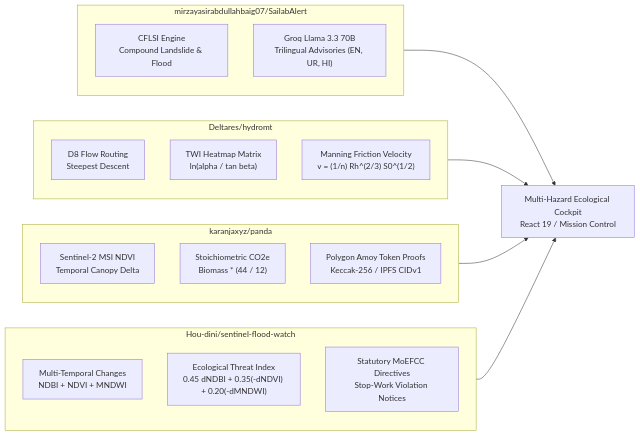
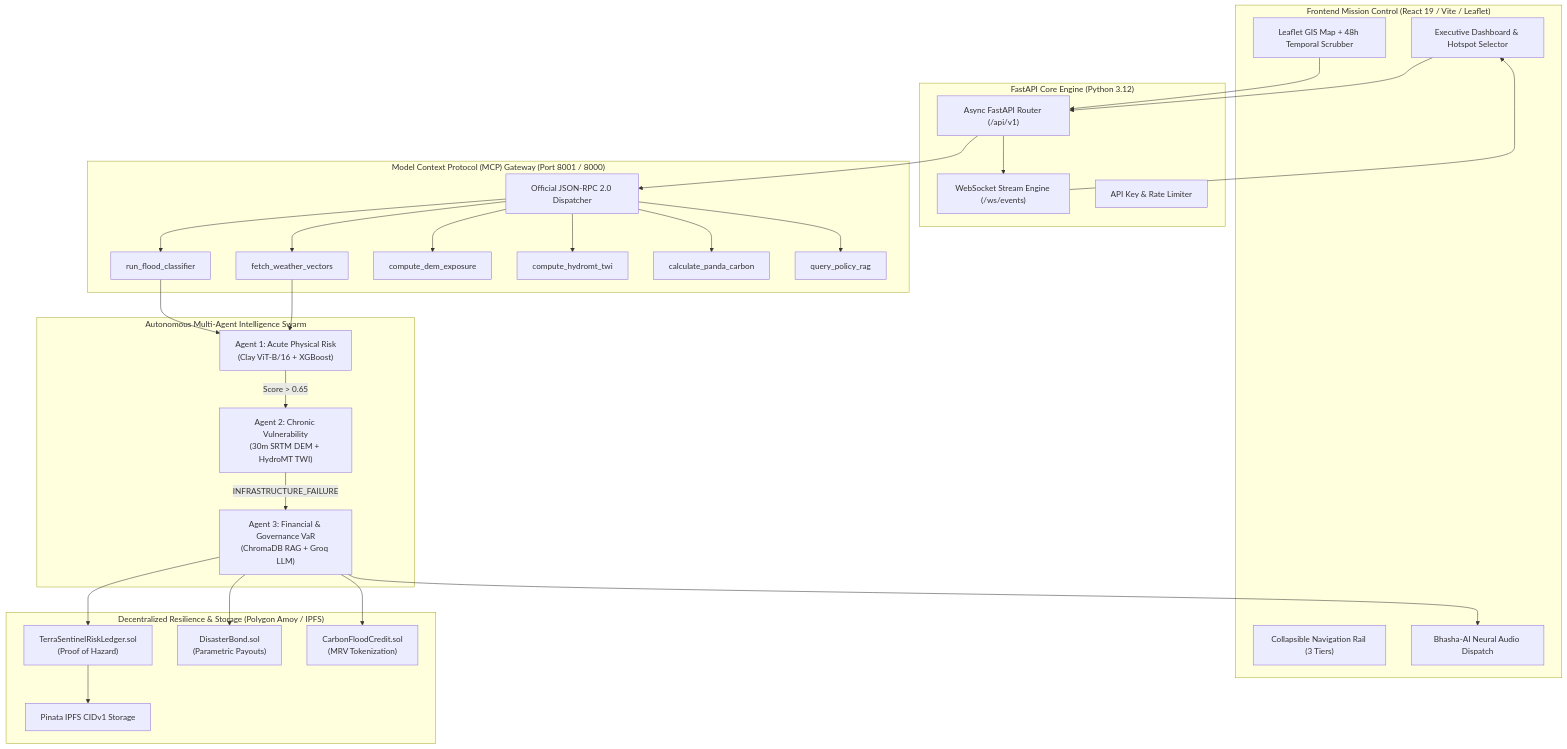
Before and after one commit to Niss54/TERRA-SENTINEL: the diagram in README.md, drawn with Mermaid. The commit also changed other lines of this file, not shown here.

Commit message:
docs: upgrade README to world-class standard with demo links, curl verification, architecture, and visual proof

````diff
--- a/README.md
+++ b/README.md
@@ -474,27 +215,51 @@
 ```mermaid
-graph LR
-    subgraph S1["mirzayasirabdullahbaig07/SailabAlert"]
-        CFLSI["CFLSI Engine<br/>Compound Landslide & Flood"]
-        Groq["Groq Llama 3.3 70B<br/>Trilingual Advisories (EN, UR, HI)"]
-    end
-    subgraph S2["Deltares/hydromt"]
-        D8["D8 Flow Routing<br/>Steepest Descent"]
-        TWI["TWI Heatmap Matrix<br/>ln(alpha / tan beta)"]
-        Manning["Manning Friction Velocity<br/>v = (1/n) Rh^(2/3) S0^(1/2)"]
-    end
-    subgraph S3["karanjaxyz/panda"]
-        NDVI["Sentinel-2 MSI NDVI<br/>Temporal Canopy Delta"]
-        Biomass["Stoichiometric CO2e<br/>Biomass * (44 / 12)"]
-        Mint["Polygon Amoy Token Proofs<br/>Keccak-256 / IPFS CIDv1"]
-    end
-    subgraph S4["Hou-dini/sentinel-flood-watch"]
-        Change["Multi-Temporal Changes<br/>NDBI + NDVI + MNDWI"]
-        ETI["Ecological Threat Index<br/>0.45 dNDBI + 0.35(-dNDVI) + 0.20(-dMNDWI)"]
-        Enforce["Statutory MoEFCC Directives<br/>Stop-Work Violation Notices"]
+flowchart TD
+    subgraph Client["Frontend Mission Control (React 19 / Vite / Leaflet)"]
+        UI["Executive Dashboard & Hotspot Selector"]
+        Rail["Collapsible Navigation Rail (3 Tiers)"]
+        GIS["Leaflet GIS Map + 48h Temporal Scrubber"]
+        Voice["Bhasha-AI Neural Audio Dispatch"]
     end
 
-    S1 --> Cockpit["Multi-Hazard Ecological Cockpit<br/>React 19 / Mission Control"]
-    S2 --> Cockpit
-    S3 --> Cockpit
-    S4 --> Cockpit
+    subgraph Backend["FastAPI Core Engine (Python 3.12)"]
+        Router["Async FastAPI Router (/api/v1)"]
+        WS["WebSocket Stream Engine (/ws/events)"]
+        Auth["API Key & Rate Limiter"]
+    end
+
+    subgraph MCPHub["Model Context Protocol (MCP) Gateway (Port 8001 / 8000)"]
+        MCP["Official JSON-RPC 2.0 Dispatcher"]
+        T1["fetch_weather_vectors"]
+        T2["run_flood_classifier"]
+        T3["compute_dem_exposure"]
+        T4["compute_hydromt_twi"]
+        T5["calculate_panda_carbon"]
+        T6["query_policy_rag"]
+    end
+
+    subgraph Swarm["Autonomous Multi-Agent Intelligence Swarm"]
+        A1["Agent 1: Acute Physical Risk\n(Clay ViT-B/16 + XGBoost)"]
+        A2["Agent 2: Chronic Vulnerability\n(30m SRTM DEM + HydroMT TWI)"]
+        A3["Agent 3: Financial & Governance VaR\n(ChromaDB RAG + Groq LLM)"]
+    end
+
+    subgraph Web3["Decentralized Resilience & Storage (Polygon Amoy / IPFS)"]
+        Ledger["TerraSentinelRiskLedger.sol\n(Proof of Hazard)"]
+        Bond["DisasterBond.sol\n(Parametric Payouts)"]
+        Carbon["CarbonFloodCredit.sol\n(MRV Tokenization)"]
+        IPFS["Pinata IPFS CIDv1 Storage"]
+    end
+
+    UI --> Router
+    GIS --> Router
+    Router --> WS
+    Router --> MCP
+    MCP --> T1 & T2 & T3 & T4 & T5 & T6
+    T1 & T2 --> A1
+    A1 -- "Score > 0.65" --> A2
+    A2 -- "INFRASTRUCTURE_FAILURE" --> A3
+    A3 --> Ledger & Bond & Carbon
+    Ledger --> IPFS
+    A3 --> Voice
+    WS --> UI
 ```
````
